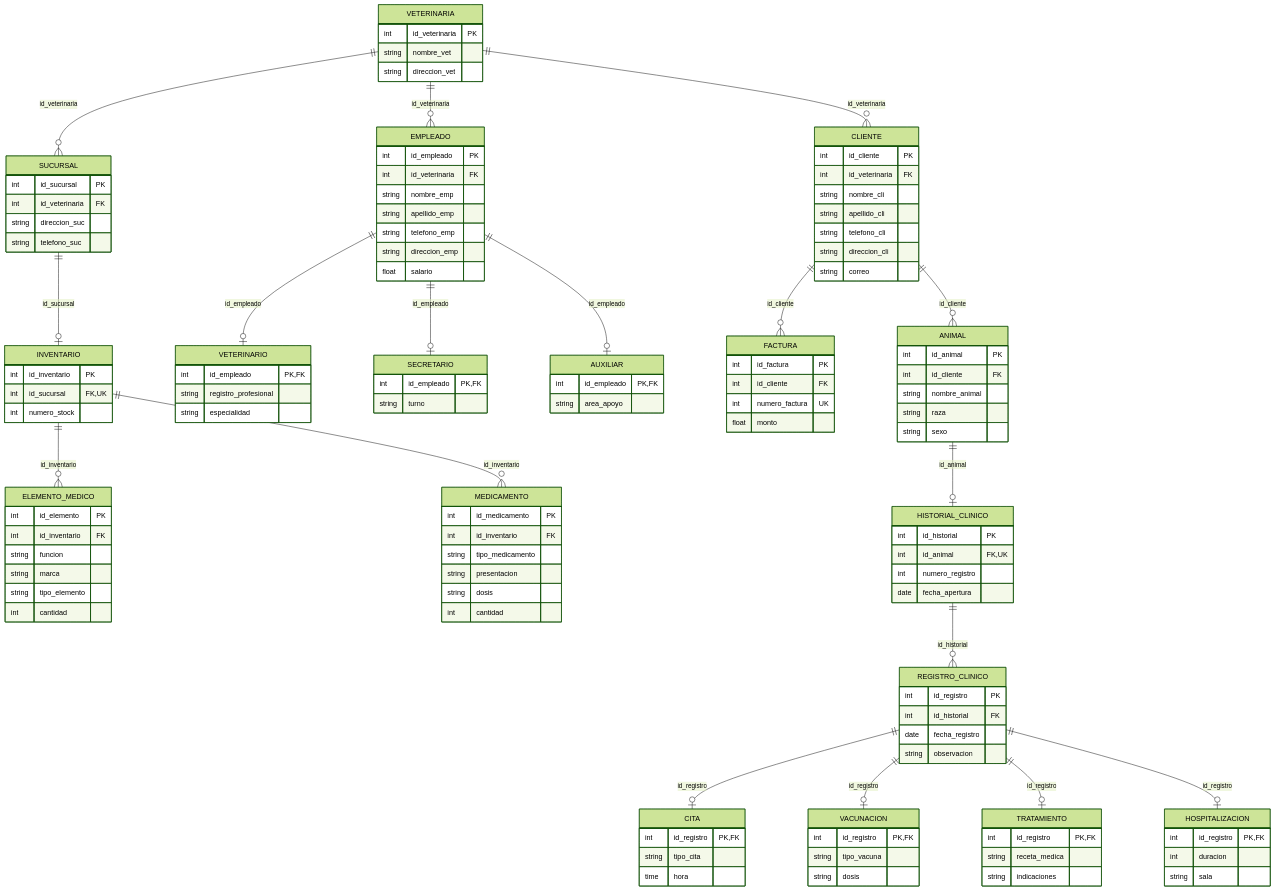
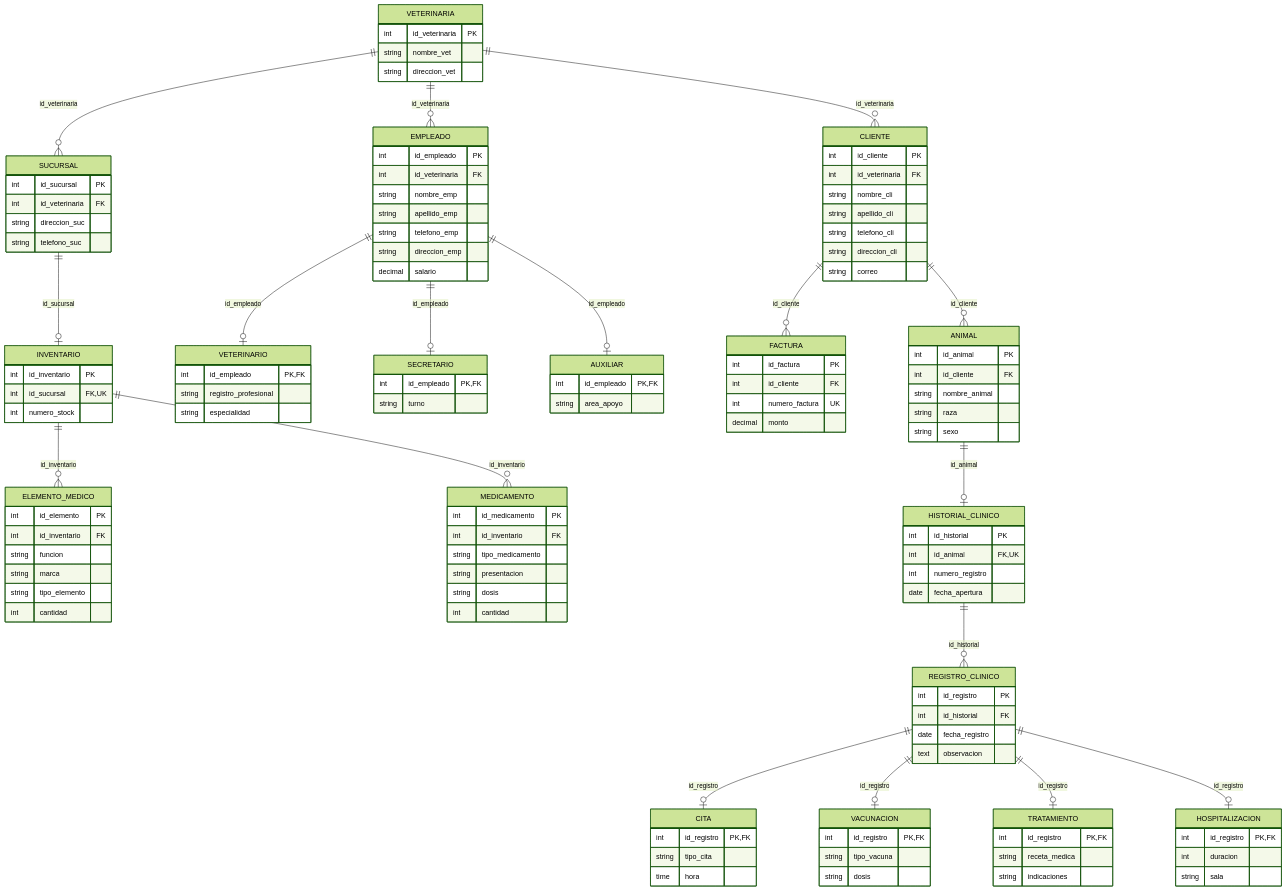
The diagram in Sustentación/03_Modelo_relacional_y_normalizacion/Modelo_Relacional_5FN.md (Stivencaballero0710/Petmanager), drawn with Mermaid (forest theme) before and after one commit. The commit also changed other lines of this file and 8 other files, not shown here.

```diff
--- a/Sustentación/03_Modelo_relacional_y_normalizacion/Modelo_Relacional_5FN.md
+++ b/Sustentación/03_Modelo_relacional_y_normalizacion/Modelo_Relacional_5FN.md
@@ -50,7 +50,7 @@
         string apellido_emp
         string telefono_emp
         string direccion_emp
-        float salario
+        decimal salario
     }
     VETERINARIO {
         int id_empleado PK,FK
@@ -88,7 +88,7 @@
         int id_factura PK
         int id_cliente FK
         int numero_factura UK
-        float monto
+        decimal monto
     }
     ANIMAL {
         int id_animal PK
@@ -107,7 +107,7 @@
         int id_registro PK
         int id_historial FK
         date fecha_registro
-        string observacion
+        text observacion
     }
     HOSPITALIZACION {
         int id_registro PK,FK
```
